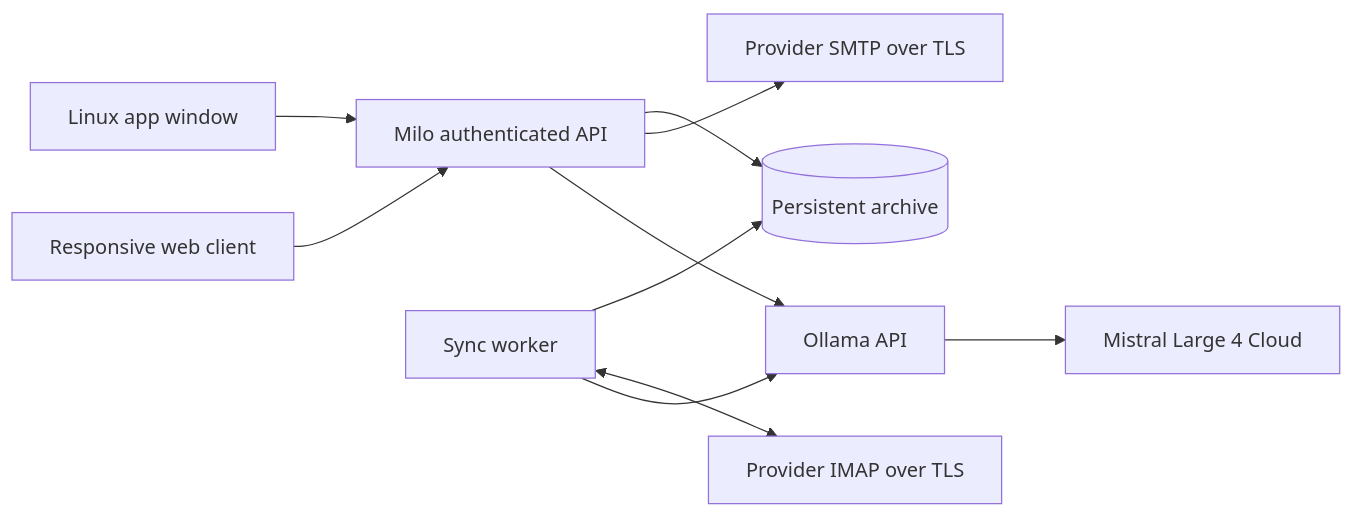
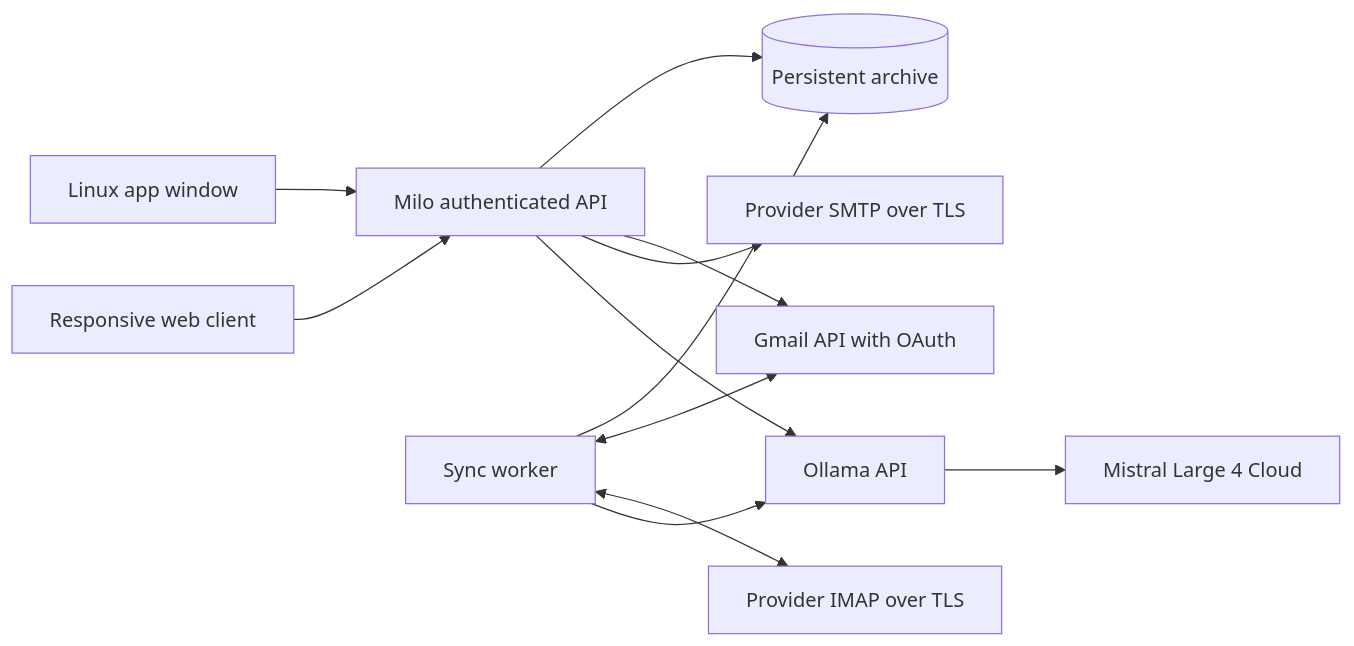
The diagram in docs/ARCHITECTURE.md (turinglabsorg/milo), drawn with Mermaid before and after one commit. The commit also changed other lines of this file and 24 other files, not shown here.

Commit message:
Connect Google mailboxes through OAuth and Gmail; improve typography

````diff
--- a/docs/ARCHITECTURE.md
+++ b/docs/ARCHITECTURE.md
@@ -12,12 +12,14 @@
 ```mermaid
 flowchart LR
     Linux[Linux app window] --> API[Milo authenticated API]
     Mobile[Responsive web client] --> API
     API --> SQLite[(Persistent archive)]
     Worker[Sync worker] --> SQLite
+    Worker <--> Gmail[Gmail API with OAuth]
+    API --> Gmail
     Worker <--> IMAP[Provider IMAP over TLS]
     API --> SMTP[Provider SMTP over TLS]
     API --> Ollama[Ollama API]
     Worker --> Ollama
     Ollama --> Mistral[Mistral Large 4 Cloud]
 ```
````
